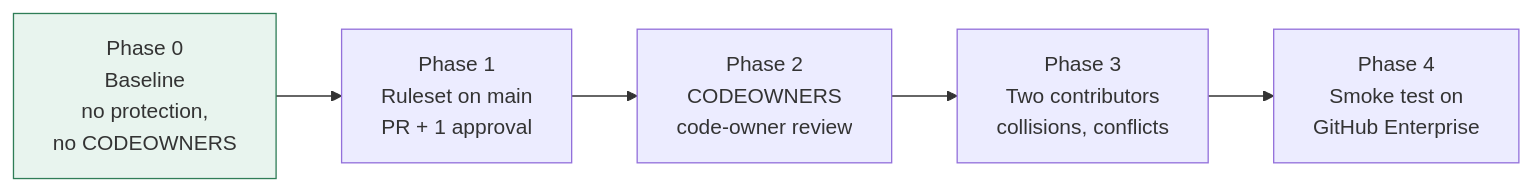
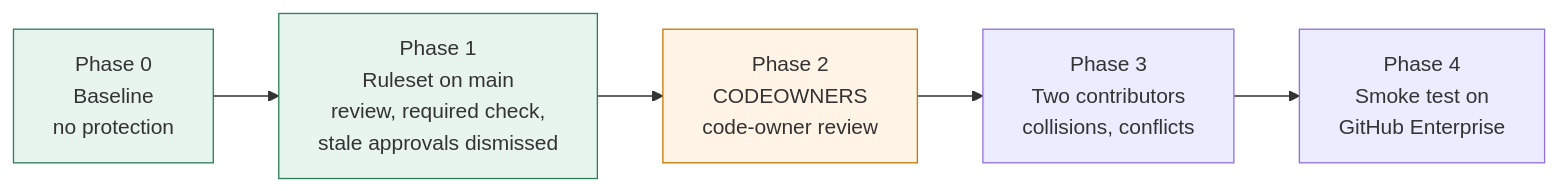
The fourth of 5 diagrams in README.md (inotives/inotives-knowledge-share), drawn with Mermaid before and after one commit. The commit also changed other lines of this file and 2 other files, not shown here.

Commit message:
Refresh README, Phase 1 summary and guide after Phase 1 (#11)

````diff
--- a/README.md
+++ b/README.md
@@ -109,12 +118,14 @@
 ```mermaid
 flowchart LR
-    P0["Phase 0<br/>Baseline<br/>no protection,<br/>no CODEOWNERS"]
-    P1["Phase 1<br/>Ruleset on main<br/>PR + 1 approval"]
+    P0["Phase 0<br/>Baseline<br/>no protection"]
+    P1["Phase 1<br/>Ruleset on main<br/>review, required check,<br/>stale approvals dismissed"]
     P2["Phase 2<br/>CODEOWNERS<br/>code-owner review"]
     P3["Phase 3<br/>Two contributors<br/>collisions, conflicts"]
     P4["Phase 4<br/>Smoke test on<br/>GitHub Enterprise"]
 
     P0 --> P1 --> P2 --> P3 --> P4
 
     style P0 fill:#e8f4ee,stroke:#2f7d57
+    style P1 fill:#e8f4ee,stroke:#2f7d57
+    style P2 fill:#fff4e5,stroke:#c77700
 ```
````
